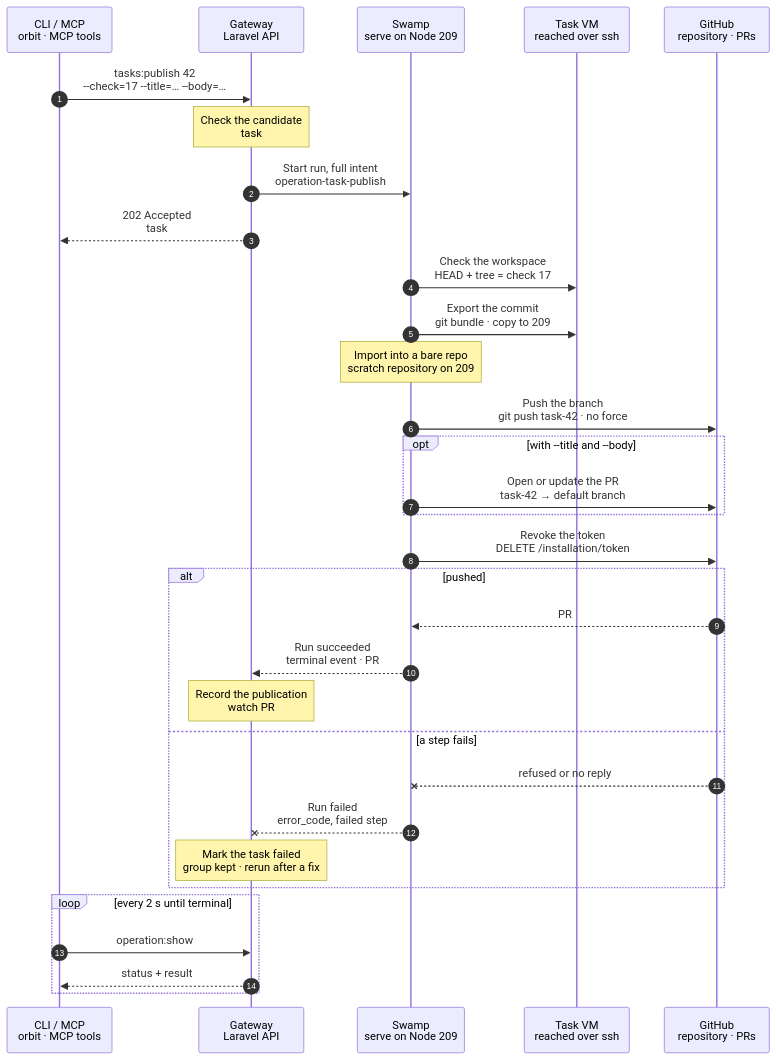
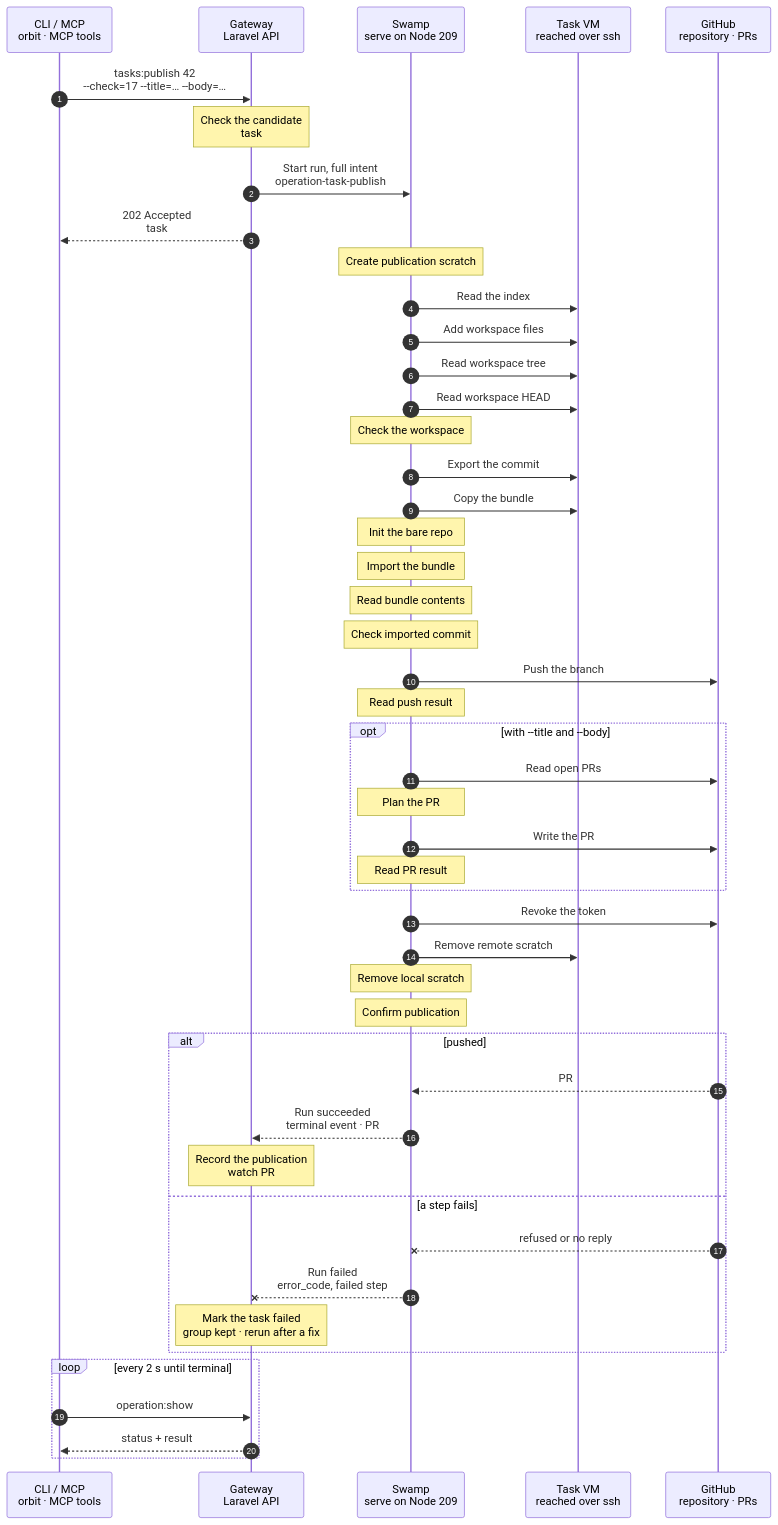
The diagram in docs/cli/tasks/publish.mmd (hardimpactdev/orbit), drawn with Mermaid before and after one commit. The commit also changed 24 other files, not shown here.

First line of the commit message:
refactor(tasks): publish checked candidates with native Git steps

```diff
--- a/docs/cli/tasks/publish.mmd
+++ b/docs/cli/tasks/publish.mmd
@@ -1,118 +1,148 @@
 sequenceDiagram
   %% Target design: ADR 0244 task, DECISIONS 1 (token minted at admission, vault) and R2-R4, swamp-tasks-model. docs/reference/tasks.md#publish-an-external-group.
   %% Tightened: flow-tighten 2026-11-02, rule 16 (no tip read: a push without force refuses a divergent tip and pushes nothing for an identical one); rule 22 (no shipped scripts: task VM work is `@swamp/ssh exec` argv, 209 work is inline `git` and `gh api`; one workspace check, since import checks the bundled commit and tree).
-  %% status: draft
+  %% status: migrated
   %% command: tasks:publish
   %% kind: tasks.publish
   autonumber
   %% lane CLI icon=terminal pill=caller tone=gray
   %% lane GW icon=gateway pill=intent tone=blue
   %% lane SW icon=workflow pill=executes tone=green
   %% lane N icon=server pill=target tone=amber
   %% lane GH icon=server pill=target tone=purple
   participant CLI as CLI / MCP<br/>orbit · MCP tools
   participant GW as Gateway<br/>Laravel API
   participant SW as Swamp<br/>serve on Node 209
   participant N as Task VM<br/>reached over ssh
   participant GH as GitHub<br/>repository · PRs
   CLI->>GW: tasks:publish 42<br/>--check=17 --title=… --body=…
   %%> Command:
   %%> - `orbit tasks:publish 42 --check=17 --title="Deliver the feature" --body="Adds the feature."`
   %%> - syntax: `[group] --check=ID [--title=TEXT --body=TEXT] [--idempotency-key=KEY] [--json]`
   %%> Input:
   %%> - the task group, and the passed handoff check whose commit is published
   %%> - optionally a title and body together, to open or update the pull request; without them it only pushes
   Note over GW: Check the candidate<br/>task #5165 · mint push token
   %%> Requirements:
   %%> - your Node has an access grant to the Gateway
   %%> - group 42 is an open external group with its own task VM workspace
   %%> - check 17 passed for group 42, and required hosted CI passed on its commit, else `tasks.commit_not_checked`
   %%> - no other task runs on group 42; the Gateway holds one lock per group
   %%> What it does:
   %%> - captures the repository, default branch, commit, checked tree and the task VM's SSH target
-  %%> - mints a token for that one repository with `contents: write`, `pull_requests: write` and `workflows: write`, and pushes it to the vault as `task-publish-5165` after commit (R3)
+  %%> - mints a token for that one repository with `contents: write`, `pull_requests: write` and `workflows: write`, and pushes it to the vault under two `task-publish-token-<uuid>` keys after commit (R3)
   %%> Result:
   %%> - task #5165 recorded with the full intent
   GW->>SW: Start run, full intent<br/>operation-task-publish
   %%> What it does:
   %%> - starts one Swamp run on serve (Node 209)
   %%> Inputs:
   %%> - the commit, tree, branch `task-42`, default branch and the optional title and body
-  %%> - the vault key name of the token, never the token
+  %%> - the vault key names of the token and Git authorization header, never their values
   GW-->>CLI: 202 Accepted<br/>task #5165
   %%> What you get:
   %%> - the task number, at once
   %%> Next:
   %%> - the CLI follows the task with `operation:show`
-  SW->>N: Check the workspace<br/>HEAD + tree = check 17
+  Note over SW: Create publication scratch
   %%> How:
-  %%> - Swamp reaches the task VM over SSH from 209, with `@swamp/ssh exec` argv: `git read-tree HEAD`, `git add --all` and `git write-tree` on a per-run index file, then `git rev-parse HEAD`
-  %%> What it does:
-  %%> - checks that HEAD and the whole working tree still equal the checked candidate; the real index is not touched
-  %%> Refuses:
-  %%> - a moved candidate: `tasks.head_moved`; nothing is pushed
-  SW->>N: Export the commit<br/>git bundle · copy to 209
-  %%> What it does:
-  %%> - runs `git bundle create <file> HEAD` as one `@swamp/ssh exec` argv and copies the file to 209 with `@swamp/ssh copy`
-  %%> Why:
-  %%> - the task VM never gets a GitHub token, and its Git configuration is never loaded
-  Note over SW: Import into a bare repo<br/>scratch repository on 209
-  %%> What it does:
-  %%> - `git init --bare`, `git fetch` of the bundle and `git rev-parse` in one inline shell step on 209; only this repository uses the token
-  %%> Refuses:
-  %%> - a bundle whose HEAD or tree is not the checked candidate: `tasks.head_moved`
-  SW->>GH: Push the branch<br/>git push task-42 · no force
-  %%> What it does:
-  %%> - pushes the checked commit to `task-42` without force, with the token from `vault.get`
-  %%> - the token reaches Git only as an extra header in the environment, never in argv or run history
-  %%> - an identical tip pushes nothing
-  %%> Refuses:
-  %%> - a divergent tip: git refuses the push by itself, mapped to `tasks.not_fast_forward`; no tip read runs first
-  %%> - an installation without `Workflows` write when the commit changes `.github/workflows/`: `tasks.workflows_permission`
+  %%> - a private worker directory holds the bundle, bare repository and bounded CLI replies
+  SW->>N: Read the index
+  %%> How:
+  %%> - one bounded native Git command, with an isolated alternate index on the task VM
+  SW->>N: Add workspace files
+  %%> How:
+  %%> - one bounded native Git command, with an isolated alternate index on the task VM
+  SW->>N: Read workspace tree
+  %%> How:
+  %%> - one bounded native Git command, with an isolated alternate index on the task VM
+  SW->>N: Read workspace HEAD
+  %%> How:
+  %%> - one bounded native Git command, with an isolated alternate index on the task VM
+  Note over SW: Check the workspace
+  %%> How:
+  %%> - typed data compares HEAD and the complete tree to the admitted candidate; a mismatch refuses before export
+  SW->>N: Export the commit
+  %%> How:
+  %%> - one bounded native command on the worker; no shipped script
+  SW->>N: Copy the bundle
+  %%> How:
+  %%> - official SSH copy reads the bundle onto the worker; no code is copied to the task VM
+  Note over SW: Init the bare repo
+  %%> How:
+  %%> - one bounded native command on the worker; no shipped script
+  Note over SW: Import the bundle
+  %%> How:
+  %%> - one bounded native command on the worker; no shipped script
+  Note over SW: Read bundle contents
+  %%> How:
+  %%> - one bounded native command on the worker; no shipped script
+  Note over SW: Check imported commit
+  %%> How:
+  %%> - typed data compares the imported commit and tree without a second workspace observation
+  SW->>GH: Push the branch
+  %%> How:
+  %%> - one bounded push without force; authorization is a vault-backed extra header in the environment
+  Note over SW: Read push result
+  %%> How:
+  %%> - typed data reads private replies and preserves fast-forward and Workflows refusal codes
   opt with --title and --body
-    SW->>GH: Open or update the PR<br/>task-42 → default branch
-    %%> What it does:
-    %%> - looks for an open pull request from `task-42` with `gh api`; updates its title and body when found, else opens one
-    %%> - the title and body go to `gh api` on stdin, unchanged
-    %%> Not included:
-    %%> - no reviewers, no brief coverage, no board status change
+  SW->>GH: Read open PRs
+  %%> How:
+  %%> - one bounded native command on the worker; no shipped script
+  Note over SW: Plan the PR
+  %%> How:
+  %%> - typed data selects an open PR or creation and writes unchanged caller prose into a JSON input file
+  SW->>GH: Write the PR
+  %%> How:
+  %%> - one bounded native command on the worker; no shipped script
+  Note over SW: Read PR result
+  %%> How:
+  %%> - typed data keeps only the PR number and URL
   end
-  SW->>GH: Revoke the token<br/>DELETE /installation/token
-  %%> What it does:
-  %%> - revokes the token with `gh api`, and removes the scratch files on the task VM and on 209, on success and on failure
-  %%> If it fails:
-  %%> - the run still reports its result; the token expires within one hour
+  SW->>GH: Revoke the token
+  %%> How:
+  %%> - one bounded gh api call; a refused revoke is best effort and the token expires within an hour
+  SW->>N: Remove remote scratch
+  %%> How:
+  %%> - one bounded SSH argv removes this run's index and bundle after failure too
+  Note over SW: Remove local scratch
+  %%> How:
+  %%> - one bounded command removes the private worker directory and CLI configuration
+  Note over SW: Confirm publication
+  %%> How:
+  %%> - the native assert requires the push, optional PR reply and worker cleanup to be complete
   alt pushed
     GH-->>SW: PR #57 · head sha
     %%> Returns:
     %%> - the branch, commit, and the PR number and URL, or null PR fields for a push alone
     SW-->>GW: Run succeeded<br/>terminal event · PR
     %%> How the Gateway learns it:
     %%> - its shared run reader sees the terminal event; Swamp never calls the Gateway
     Note over GW: Record the publication<br/>watch PR #57 · task done
     %%> Result:
     %%> - group 42 watches PR #57; its board status and settle metrics stay as they are
     %%> - task #5165 succeeds
   else a step fails
     GH--xSW: refused or no reply
     %%> When:
     %%> - the workspace moved, the tip diverged, the push or PR write was refused, or a reply was lost
     SW--xGW: Run failed<br/>error_code, failed step
     %%> The Gateway reads:
     %%> - which step failed and its error code, such as `tasks.push_failed`
     Note over GW: Mark the task failed<br/>group kept · rerun after a fix
     %%> Result:
     %%> - task #5165 fails; group 42 and its workspace stay as they are
     %%> On GitHub:
     %%> - a push or PR that started stays; there is no rollback
     %%> Retry:
     %%> - run the same command again: a new task gets a new token; an identical tip pushes nothing, and the PR is looked up again before any write
   end
   loop every 2 s until terminal
     CLI->>GW: operation:show #5165
     %%> What it does:
     %%> - asks for the task's status every 2 seconds until it has ended
     GW-->>CLI: status + result
     %%> Returns:
     %%> - the current status, and the result once the task has ended
   end
```
